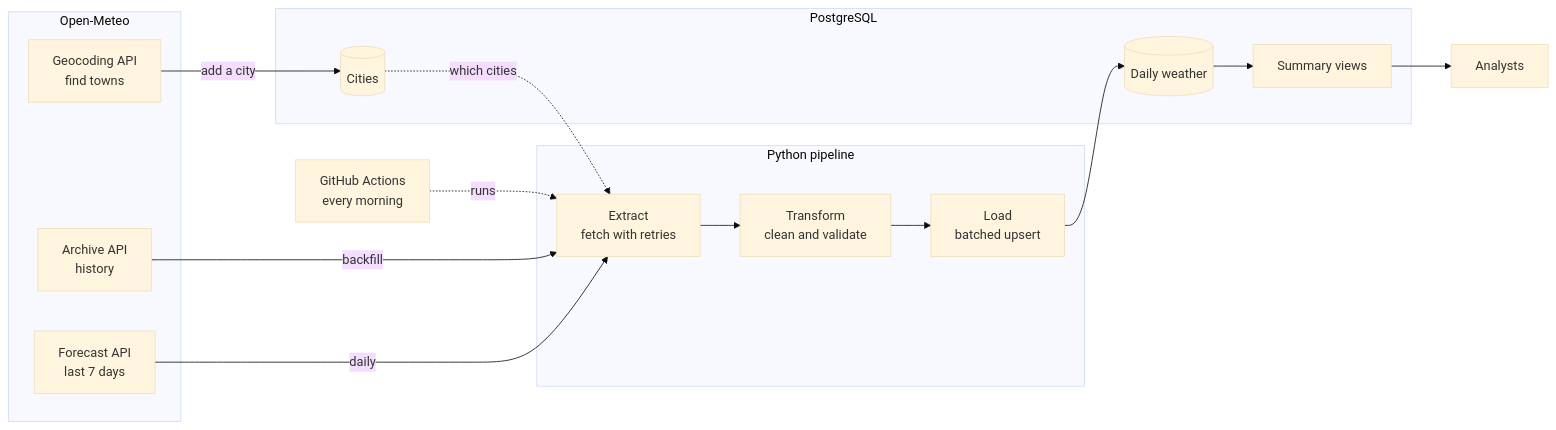
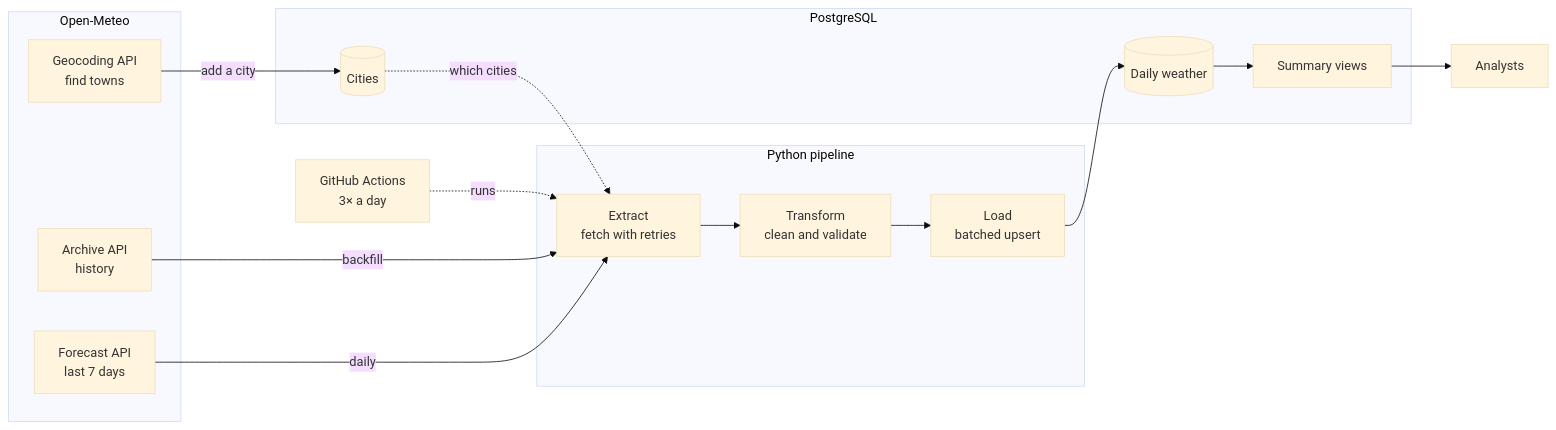
Before and after one commit to initysl/weather-pipeline: the diagram in README.md, drawn with Mermaid (base theme). The commit also changed other lines of this file and 1 other file, not shown here.

````diff
--- a/README.md
+++ b/README.md
@@ -24,28 +24,28 @@
 ```mermaid
 flowchart LR
     subgraph SRC["Open-Meteo"]
         AR["Archive API<br/>history"]
         FC["Forecast API<br/>last 7 days"]
         GEO["Geocoding API<br/>find towns"]
     end
 
     subgraph PIPE["Python pipeline"]
         EX["Extract<br/>fetch with retries"]
         TR["Transform<br/>clean and validate"]
         LD["Load<br/>batched upsert"]
     end
 
     subgraph DB["PostgreSQL"]
         DC[("Cities")]
         FD[("Daily weather")]
         VW["Summary views"]
     end
 
-    GH["GitHub Actions<br/>every morning"] -.->|runs| EX
+    GH["GitHub Actions<br/>3× a day"] -.->|runs| EX
     AR -->|backfill| EX
     FC -->|daily| EX
     EX --> TR --> LD --> FD
     DC -.->|which cities| EX
     GEO -->|add a city| DC
     FD --> VW --> AN["Analysts"]
 ```
````
